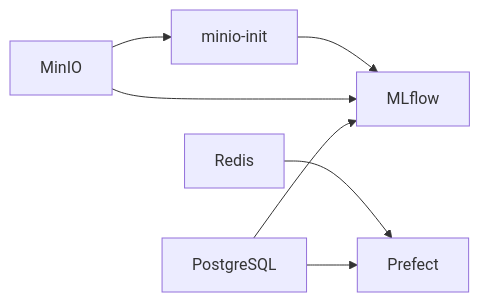
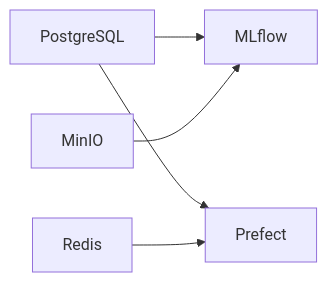
The second of 2 diagrams in docs/layer-1-infrastructure.md (Jeongho-K/MLOps-Pipeline), drawn with Mermaid before and after one commit. The commit also changed other lines of this file and 15 other files, not shown here.

````diff
--- a/docs/layer-1-infrastructure.md
+++ b/docs/layer-1-infrastructure.md
@@ -72,9 +70,7 @@
 ```mermaid
 graph LR
     PG[PostgreSQL] --> MLF[MLflow]
     PG --> PF[Prefect]
-    MIO[MinIO] --> MI[minio-init]
-    MIO --> MLF
-    MI --> MLF
+    MIO[MinIO] --> MLF
     RD[Redis] --> PF
 ```
````
